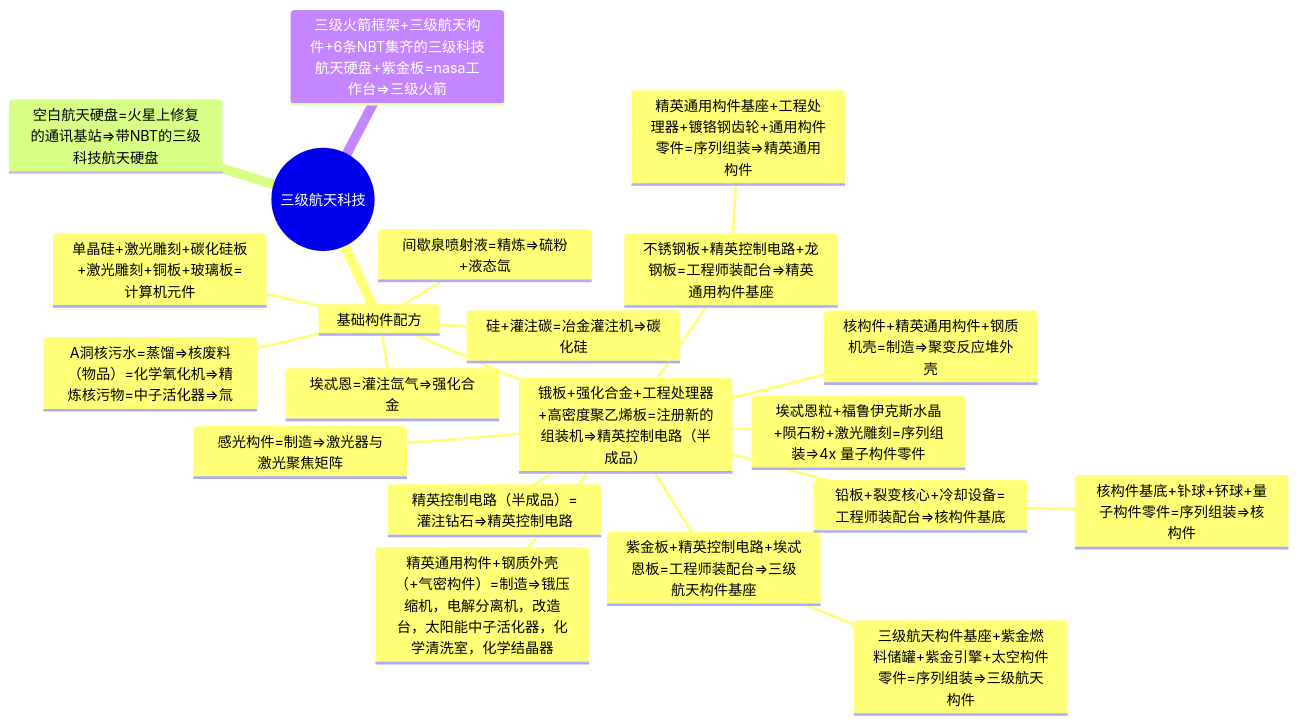
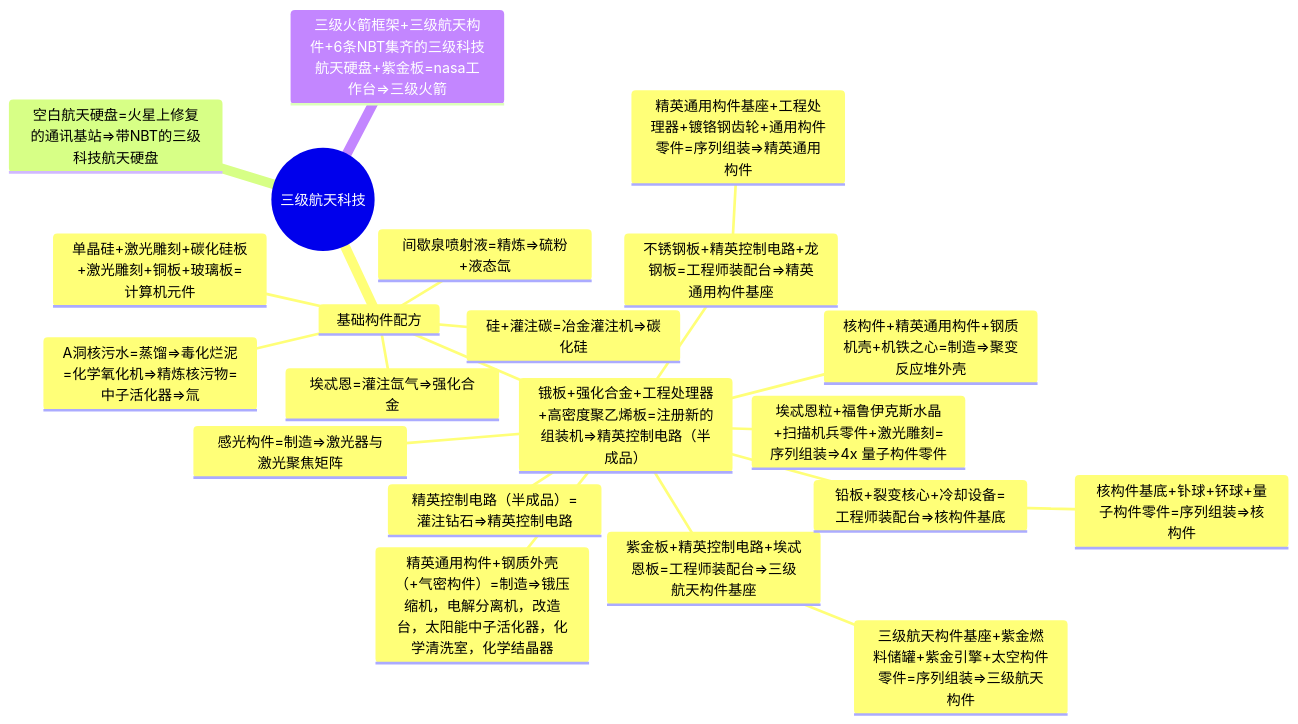
Before and after one commit to VechniMetel/CodeNameCIM2: the third of 4 diagrams in Developer/TechTreeMap.md, drawn with Mermaid. The commit also changed other lines of this file, not shown here.

````diff
--- a/Developer/TechTreeMap.md
+++ b/Developer/TechTreeMap.md
@@ -81,24 +81,24 @@
 ``` mermaid
 mindmap
     root((三级航天科技))
         基础构件配方
             间歇泉喷射液=精炼=>硫粉+液态氙
             埃忒恩=灌注氙气=>强化合金
             硅+灌注碳=冶金灌注机=>碳化硅
             单晶硅+激光雕刻+碳化硅板+激光雕刻+铜板+玻璃板=计算机元件
             锇板+强化合金+工程处理器+高密度聚乙烯板=注册新的组装机=>精英控制电路（半成品）
                 精英控制电路（半成品）=灌注钻石=>精英控制电路
                 紫金板+精英控制电路+埃忒恩板=工程师装配台=>三级航天构件基座
                     三级航天构件基座+紫金燃料储罐+紫金引擎+太空构件零件=序列组装=>三级航天构件
                 不锈钢板+精英控制电路+龙钢板=工程师装配台=>精英通用构件基座
                     精英通用构件基座+工程处理器+镀铬钢齿轮+通用构件零件=序列组装=>精英通用构件
-                埃忒恩粒+福鲁伊克斯水晶+陨石粉+激光雕刻=序列组装=>4x 量子构件零件
+                埃忒恩粒+福鲁伊克斯水晶+扫描机兵零件+激光雕刻=序列组装=>4x 量子构件零件
                 铅板+裂变核心+冷却设备=工程师装配台=>核构件基底
                     核构件基底+钋球+钚球+量子构件零件=序列组装=>核构件
-                核构件+精英通用构件+钢质机壳=制造=>聚变反应堆外壳
+                核构件+精英通用构件+钢质机壳+机铁之心=制造=>聚变反应堆外壳
                 感光构件=制造=>激光器与激光聚焦矩阵
                 精英通用构件+钢质外壳（+气密构件）=制造=>锇压缩机，电解分离机，改造台，太阳能中子活化器，化学清洗室，化学结晶器
-            A洞核污水=蒸馏=>核废料（物品）=化学氧化机=>精炼核污物=中子活化器=>氚
+            A洞核污水=蒸馏=>毒化烂泥=化学氧化机=>精炼核污物=中子活化器=>氚
         空白航天硬盘=火星上修复的通讯基站=>带NBT的三级科技航天硬盘
         三级火箭框架+三级航天构件+6条NBT集齐的三级科技航天硬盘+紫金板=nasa工作台=>三级火箭
 ```
````
